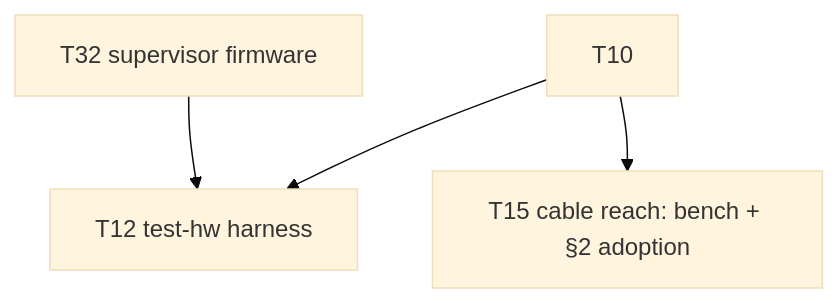
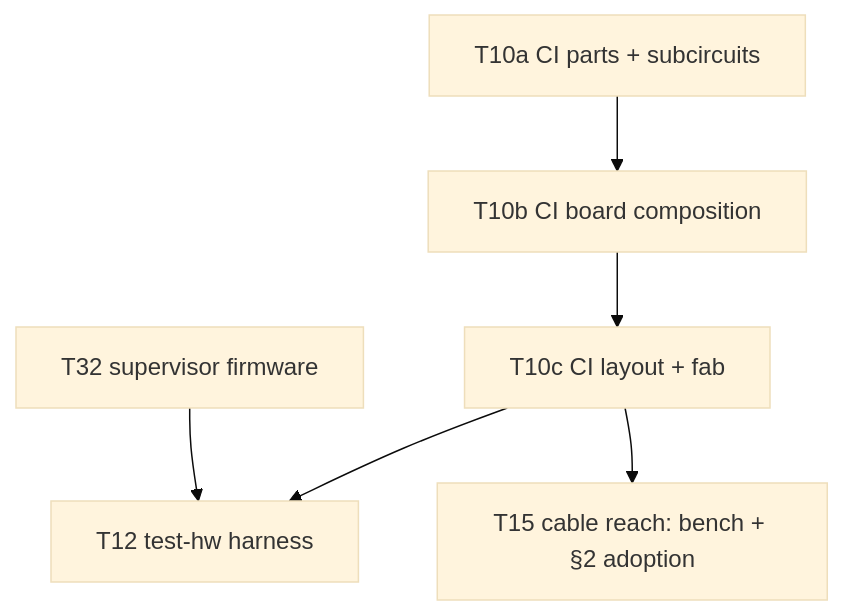
One commit to kristofferkoch/oparroy changed the diagram in KANBAN.md. Above: the diagram before and after it, drawn with Mermaid (base theme). The commit also changed other lines of this file and 3 other files, not shown here.

````diff
--- a/KANBAN.md
+++ b/KANBAN.md
@@ -34,6 +34,8 @@
 ```mermaid
 graph TD
-    T10 --> T12[T12 test-hw harness]
-    T10 --> T15[T15 cable reach: bench + §2 adoption]
+    T10a[T10a CI parts + subcircuits] --> T10b[T10b CI board composition]
+    T10b --> T10c[T10c CI layout + fab]
+    T10c --> T12[T12 test-hw harness]
+    T10c --> T15[T15 cable reach: bench + §2 adoption]
     T32[T32 supervisor firmware] --> T12
 ```
````
